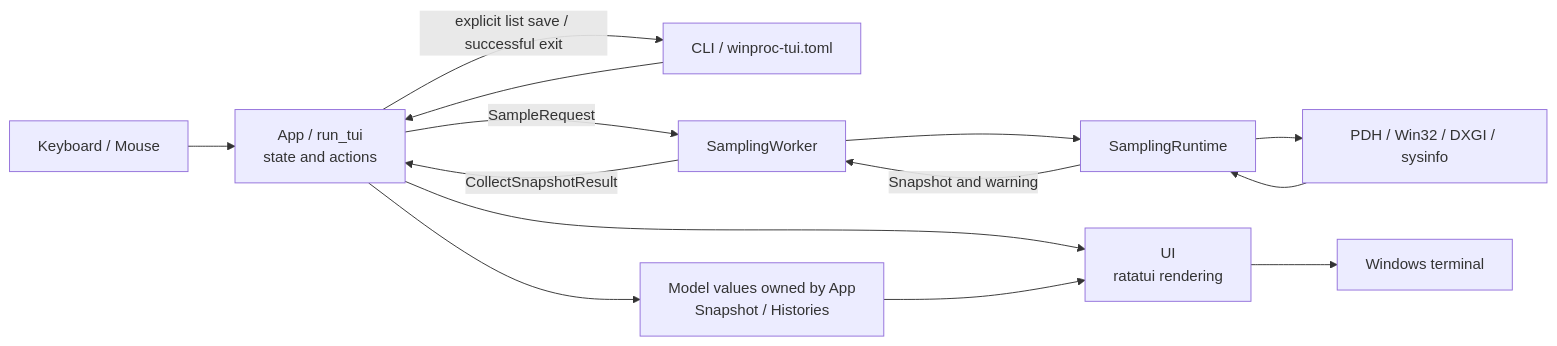
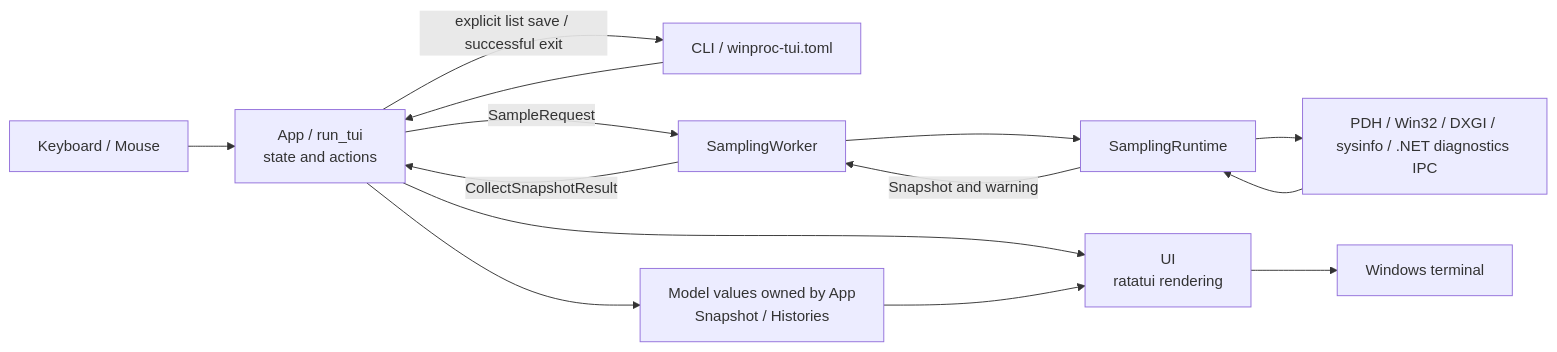
Before and after one commit to TX230/winproc-tui: the first of 2 diagrams in docs/architecture.md, drawn with Mermaid. The commit also changed other lines of this file and 22 other files, not shown here.

First line of the commit message:
feat: add .NET runtime metrics (Issue #75)

````diff
--- a/docs/architecture.md
+++ b/docs/architecture.md
@@ -11,18 +11,18 @@
 ```mermaid
 flowchart LR
     Input["Keyboard / Mouse"] --> App["App / run_tui<br/>state and actions"]
     Config["CLI / winproc-tui.toml"] --> App
 
     App -->|SampleRequest| Worker["SamplingWorker"]
     Worker --> Runtime["SamplingRuntime"]
-    Runtime --> Windows["PDH / Win32 / DXGI / sysinfo"]
+    Runtime --> Windows["PDH / Win32 / DXGI / sysinfo / .NET diagnostics IPC"]
     Windows --> Runtime
     Runtime -->|Snapshot and warning| Worker
     Worker -->|CollectSnapshotResult| App
 
     App --> Model["Model values owned by App<br/>Snapshot / Histories"]
     App --> UI["UI<br/>ratatui rendering"]
     Model --> UI
     UI --> Terminal["Windows terminal"]
     App -->|explicit list save / successful exit| Config
 ```
````
